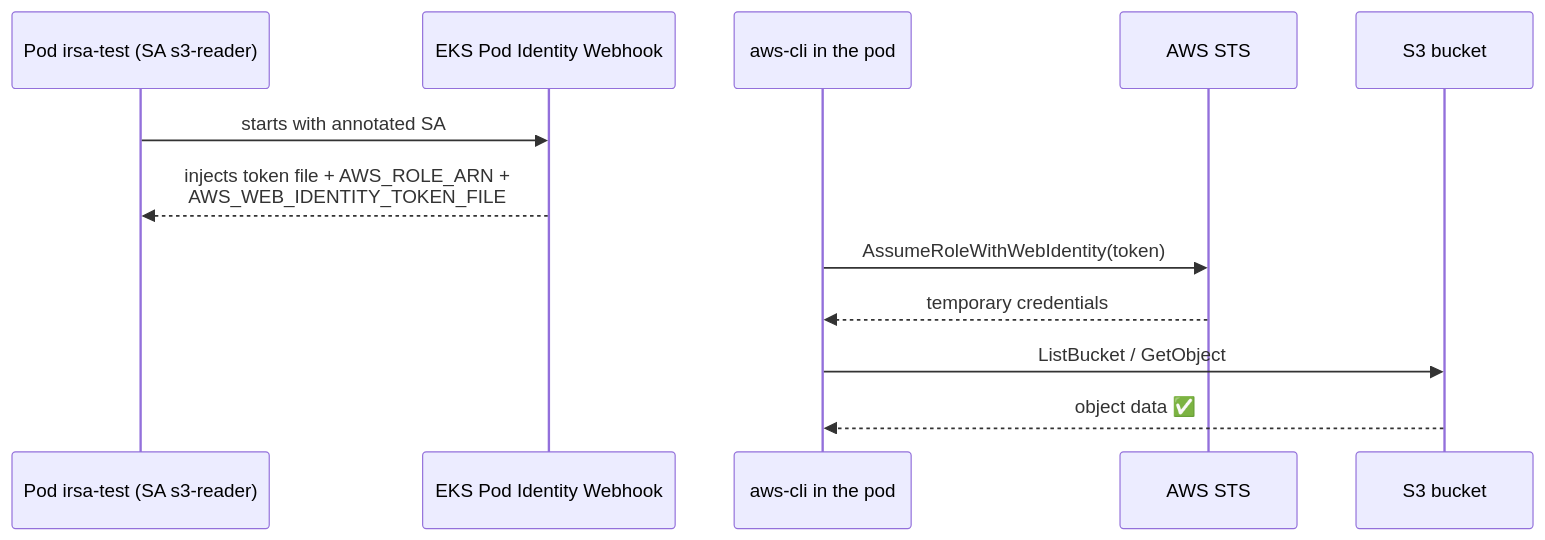
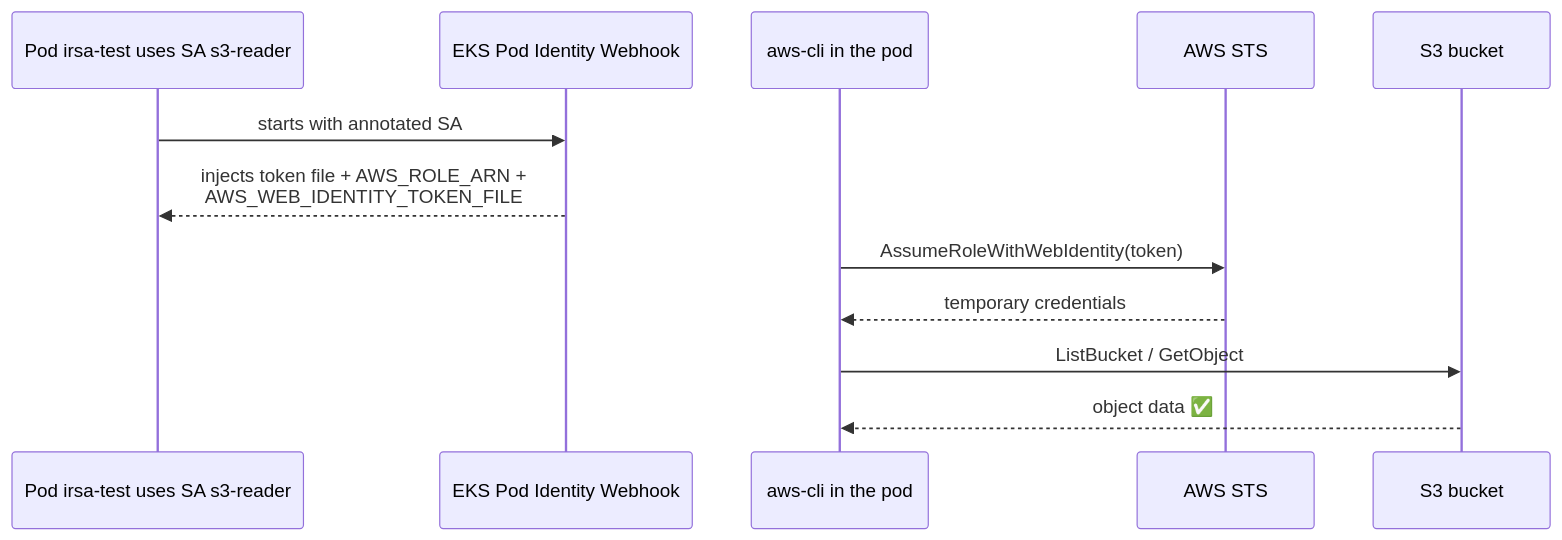
Before and after one commit to santoshbaba1/cloud-projects-prakharji: the diagram in eks-projects/irsa-service-account-access/steps/05-deploy-and-verify-pod.md, drawn with Mermaid. The commit also changed 1 other file, not shown here.

Commit message:
docs: fix diagrams

````diff
--- a/eks-projects/irsa-service-account-access/steps/05-deploy-and-verify-pod.md
+++ b/eks-projects/irsa-service-account-access/steps/05-deploy-and-verify-pod.md
@@ -10,15 +10,15 @@
 ```mermaid
 sequenceDiagram
-    participant Pod as Pod irsa-test (SA s3-reader)
+    participant Pod as Pod irsa-test uses SA s3-reader
     participant Hook as EKS Pod Identity Webhook
     participant SDK as aws-cli in the pod
     participant STS as AWS STS
     participant S3 as S3 bucket
 
     Pod->>Hook: starts with annotated SA
     Hook-->>Pod: injects token file + AWS_ROLE_ARN +<br/>AWS_WEB_IDENTITY_TOKEN_FILE
     SDK->>STS: AssumeRoleWithWebIdentity(token)
     STS-->>SDK: temporary credentials
     SDK->>S3: ListBucket / GetObject
     S3-->>SDK: object data ✅
 ```
````
